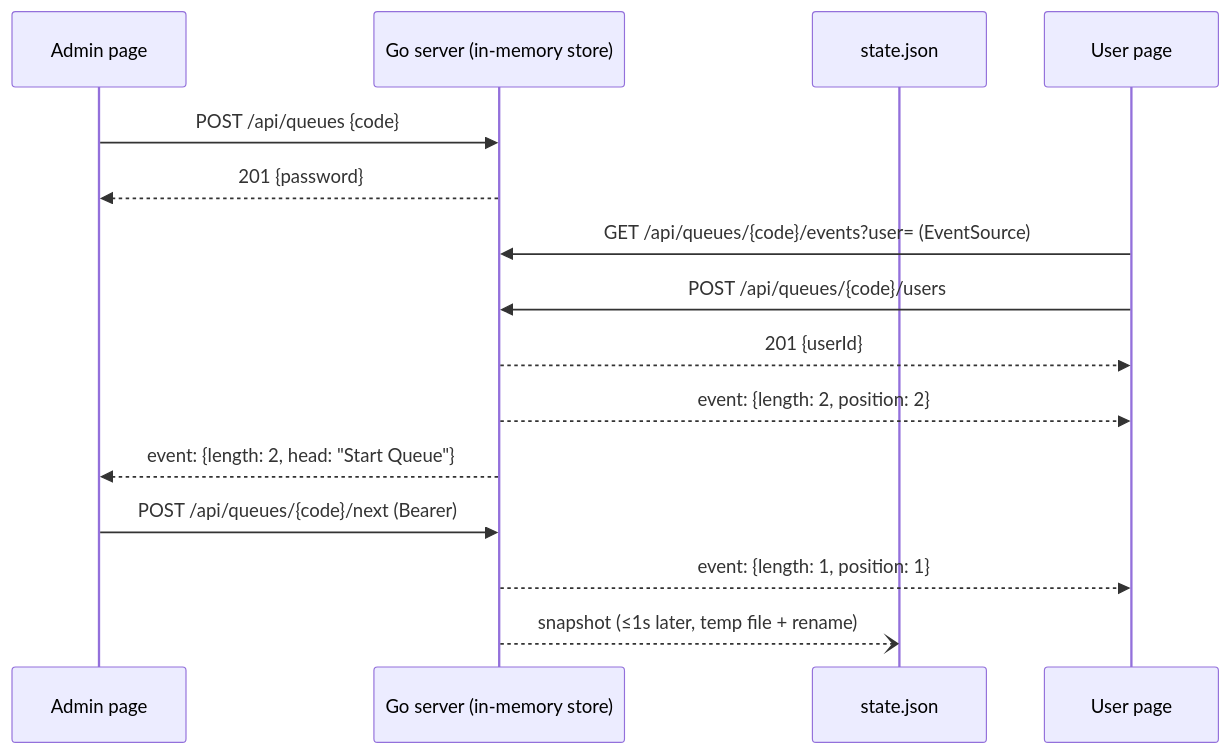
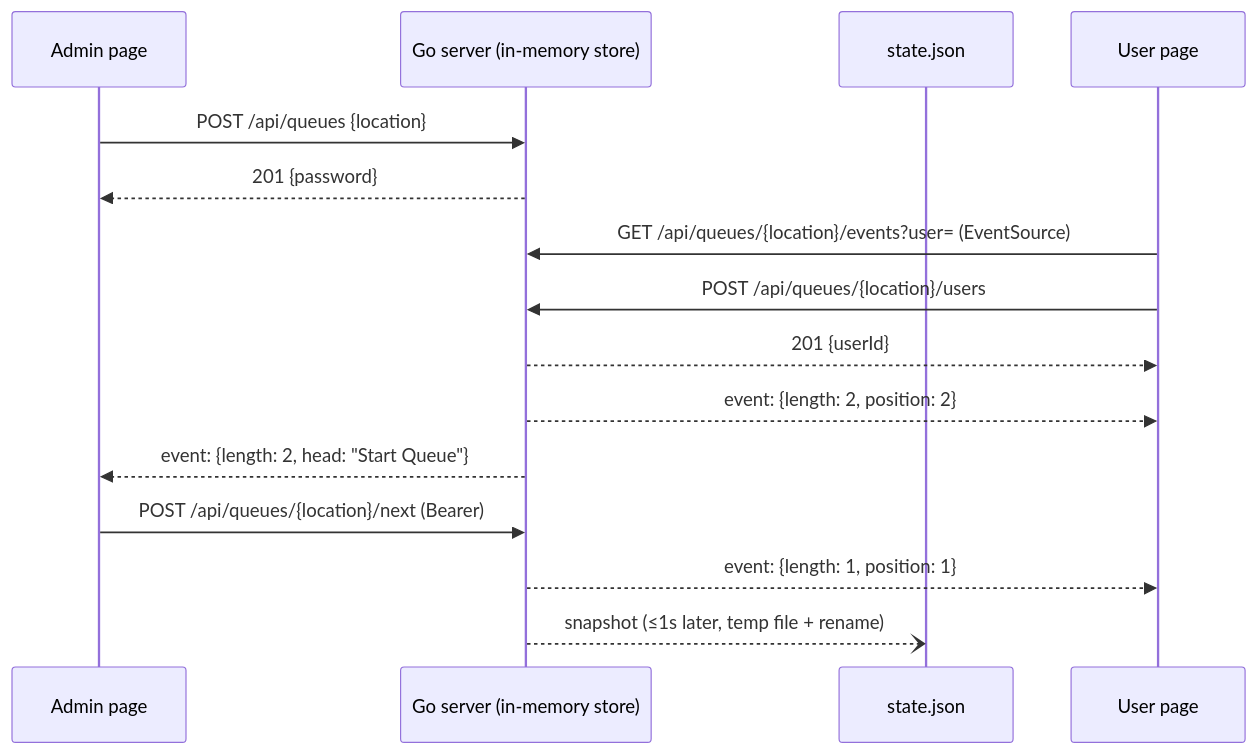
The diagram in docs/adr/0001-go-server-without-redis.md (barakplasma/in-person-queue), drawn with Mermaid before and after one commit. The commit also changed other lines of this file and 12 other files, not shown here.

````diff
--- a/docs/adr/0001-go-server-without-redis.md
+++ b/docs/adr/0001-go-server-without-redis.md
@@ -90,17 +90,17 @@
 ```mermaid
 sequenceDiagram
   participant A as Admin page
   participant S as Go server (in-memory store)
   participant F as state.json
   participant U as User page
-  A->>S: POST /api/queues {code}
+  A->>S: POST /api/queues {location}
   S-->>A: 201 {password}
-  U->>S: GET /api/queues/{code}/events?user= (EventSource)
-  U->>S: POST /api/queues/{code}/users
+  U->>S: GET /api/queues/{location}/events?user= (EventSource)
+  U->>S: POST /api/queues/{location}/users
   S-->>U: 201 {userId}
   S-->>U: event: {length: 2, position: 2}
   S-->>A: event: {length: 2, head: "Start Queue"}
-  A->>S: POST /api/queues/{code}/next (Bearer)
+  A->>S: POST /api/queues/{location}/next (Bearer)
   S-->>U: event: {length: 1, position: 1}
   S--)F: snapshot (≤1s later, temp file + rename)
 ```
````
